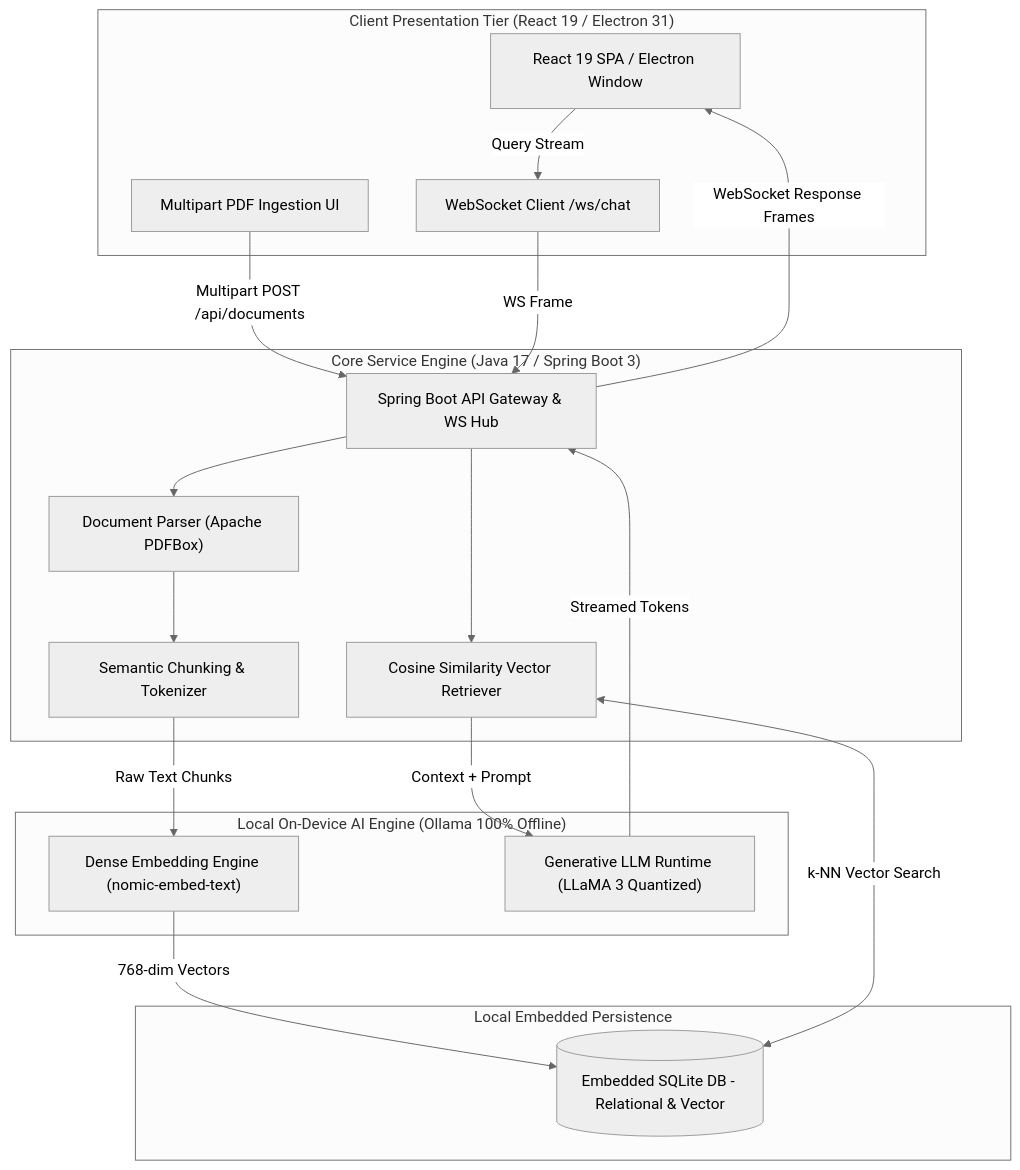
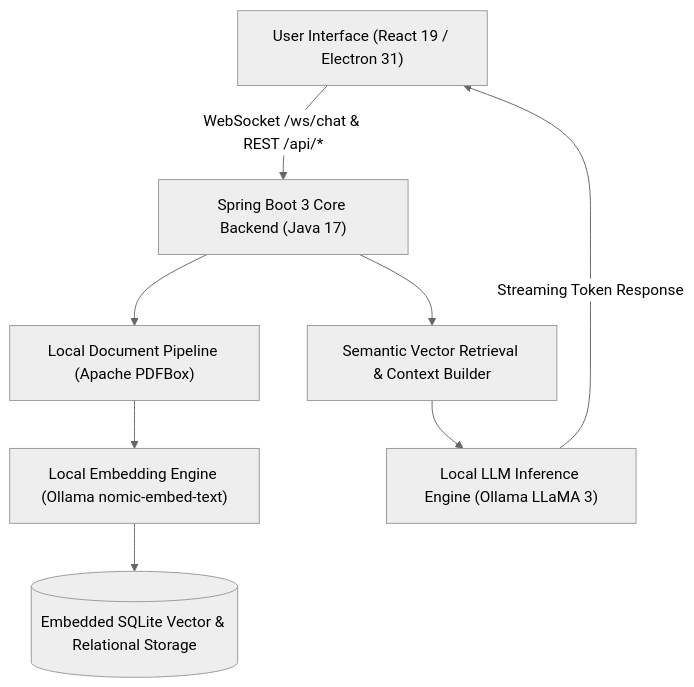
The diagram in README.md (Tharun4743/AURA), drawn with Mermaid (neutral theme) before and after one commit. The commit also changed other lines of this file, not shown here.

Commit message:
docs(readme): enforce strict 8-part architectural template with detailed Mermaid diagram

````diff
--- a/README.md
+++ b/README.md
@@ -54,37 +49,10 @@
 ```mermaid
 graph TD
-    subgraph Client ["Client Presentation Tier (React 19 / Electron 31)"]
-        UI["React 19 SPA / Electron Window"]
-        WSClient["WebSocket Client /ws/chat"]
-        Upload["Multipart PDF Ingestion UI"]
-    end
-
-    subgraph Backend ["Core Service Engine (Java 17 / Spring Boot 3)"]
-        Gateway["Spring Boot API Gateway & WS Hub"]
-        Parser["Document Parser (Apache PDFBox)"]
-        Chunker["Semantic Chunking & Tokenizer"]
-        Retriever["Cosine Similarity Vector Retriever"]
-    end
-
-    subgraph Inference ["Local On-Device AI Engine (Ollama 100% Offline)"]
-        Embedder["Dense Embedding Engine (nomic-embed-text)"]
-        LLM["Generative LLM Runtime (LLaMA 3 Quantized)"]
-    end
-
-    subgraph Persistence ["Local Embedded Persistence"]
-        DB[("Embedded SQLite DB - Relational & Vector")]
-    end
-
-    Upload -->|Multipart POST /api/documents| Gateway
-    Gateway --> Parser
-    Parser --> Chunker
-    Chunker -->|Raw Text Chunks| Embedder
-    Embedder -->|768-dim Vectors| DB
-    UI -->|Query Stream| WSClient
-    WSClient -->|WS Frame| Gateway
-    Gateway --> Retriever
-    Retriever <-->|k-NN Vector Search| DB
-    Retriever -->|Context + Prompt| LLM
-    LLM -->|Streamed Tokens| Gateway
-    Gateway -->|WebSocket Response Frames| UI
+    User["User Interface (React 19 / Electron 31)"] -->|"WebSocket /ws/chat & REST /api/*"| Gateway["Spring Boot 3 Core Backend (Java 17)"]
+    Gateway --> Parser["Local Document Pipeline (Apache PDFBox)"]
+    Parser --> Embedding["Local Embedding Engine (Ollama nomic-embed-text)"]
+    Embedding --> DB[("Embedded SQLite Vector & Relational Storage")]
+    Gateway --> Retriever["Semantic Vector Retrieval & Context Builder"]
+    Retriever --> LLM["Local LLM Inference Engine (Ollama LLaMA 3)"]
+    LLM -->|"Streaming Token Response"| User
 ```
````
